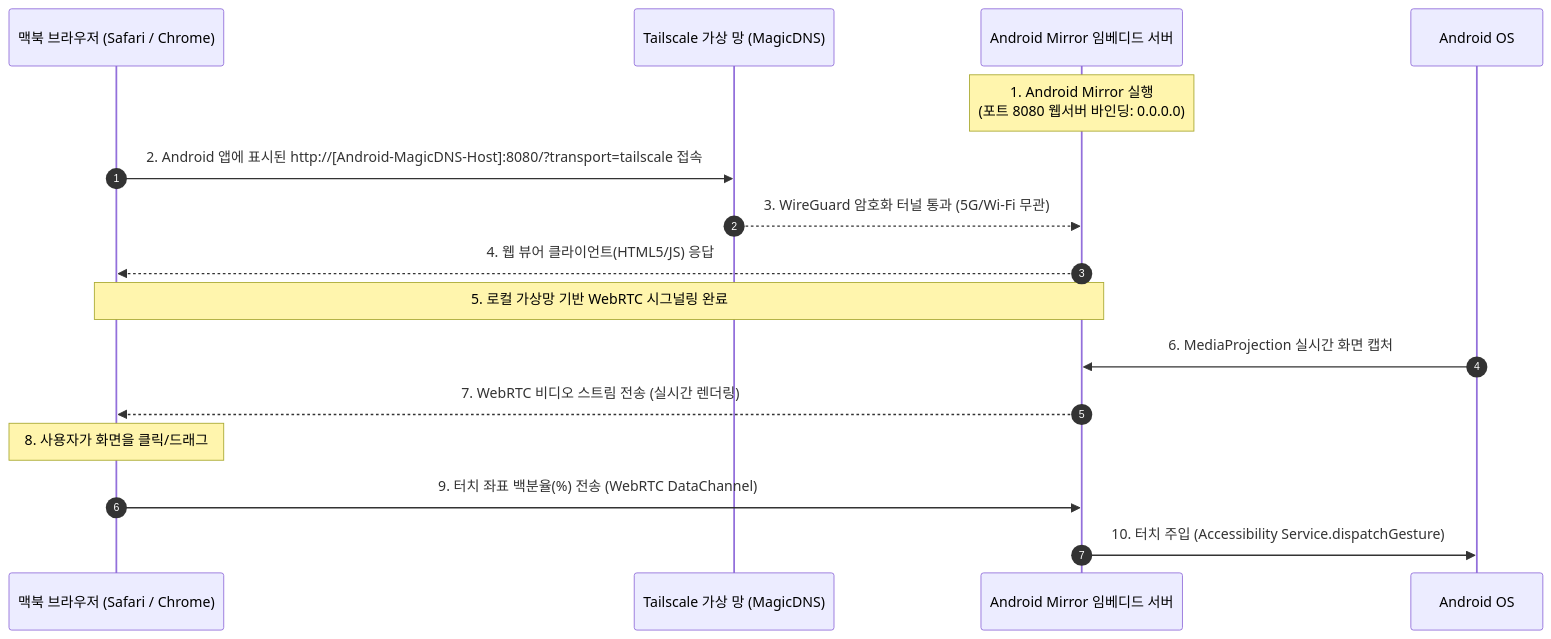
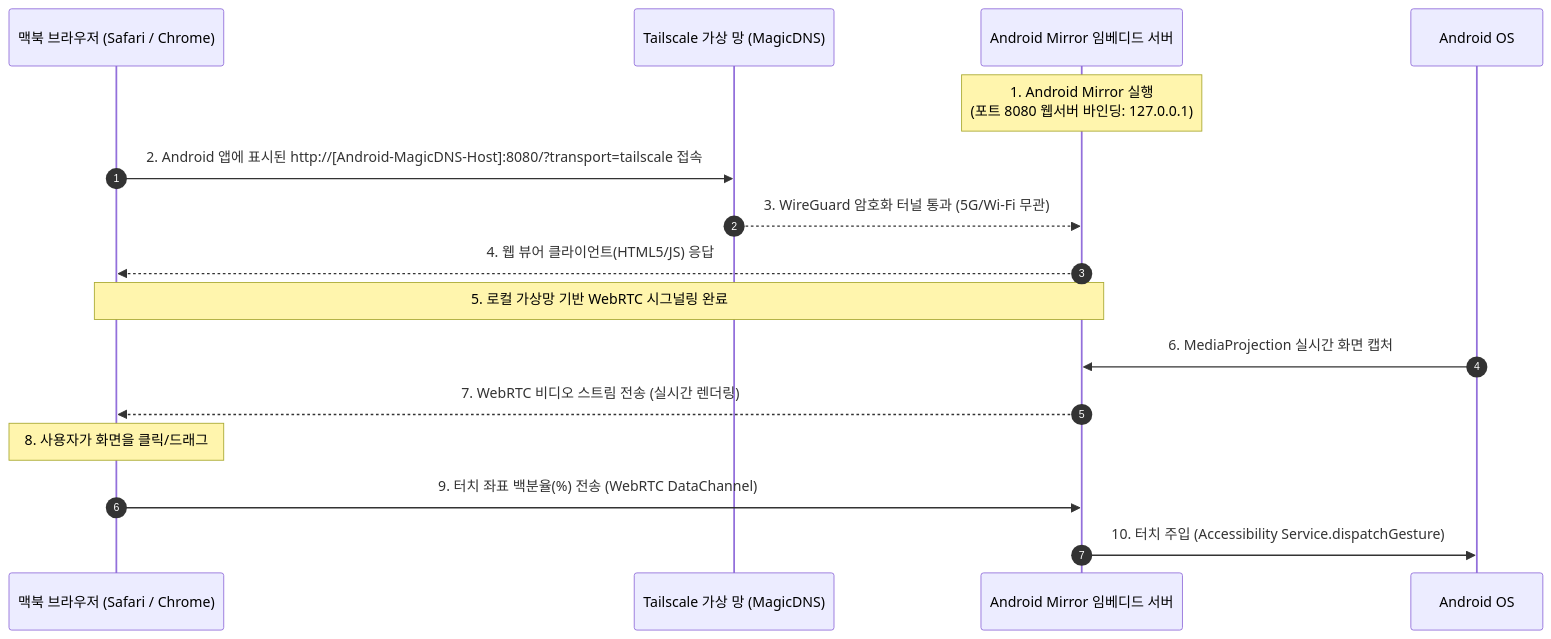
Before and after one commit to jazpiper/galaxy-mirror-web: the diagram in README.md, drawn with Mermaid. The commit also changed other lines of this file and 5 other files, not shown here.

````diff
--- a/README.md
+++ b/README.md
@@ -11,22 +11,22 @@
 ```mermaid
 sequenceDiagram
     autonumber
     participant Mac as 맥북 브라우저 (Safari / Chrome)
     participant Tailnet as Tailscale 가상 망 (MagicDNS)
     participant AndroidApp as Android Mirror 임베디드 서버
     participant AndroidOS as Android OS
     
-    Note over AndroidApp: 1. Android Mirror 실행<br/>(포트 8080 웹서버 바인딩: 0.0.0.0)
+    Note over AndroidApp: 1. Android Mirror 실행<br/>(포트 8080 웹서버 바인딩: 127.0.0.1)
     
     Mac->>Tailnet: 2. Android 앱에 표시된 http://[Android-MagicDNS-Host]:8080/?transport=tailscale 접속
     Tailnet-->>AndroidApp: 3. WireGuard 암호화 터널 통과 (5G/Wi-Fi 무관)
     AndroidApp-->>Mac: 4. 웹 뷰어 클라이언트(HTML5/JS) 응답
     
     Note over Mac, AndroidApp: 5. 로컬 가상망 기반 WebRTC 시그널링 완료
     AndroidOS->>AndroidApp: 6. MediaProjection 실시간 화면 캡처
     AndroidApp-->>Mac: 7. WebRTC 비디오 스트림 전송 (실시간 렌더링)
     
     Note over Mac: 8. 사용자가 화면을 클릭/드래그
     Mac->>AndroidApp: 9. 터치 좌표 백분율(%) 전송 (WebRTC DataChannel)
     AndroidApp->>AndroidOS: 10. 터치 주입 (Accessibility Service.dispatchGesture)
 ```
````
